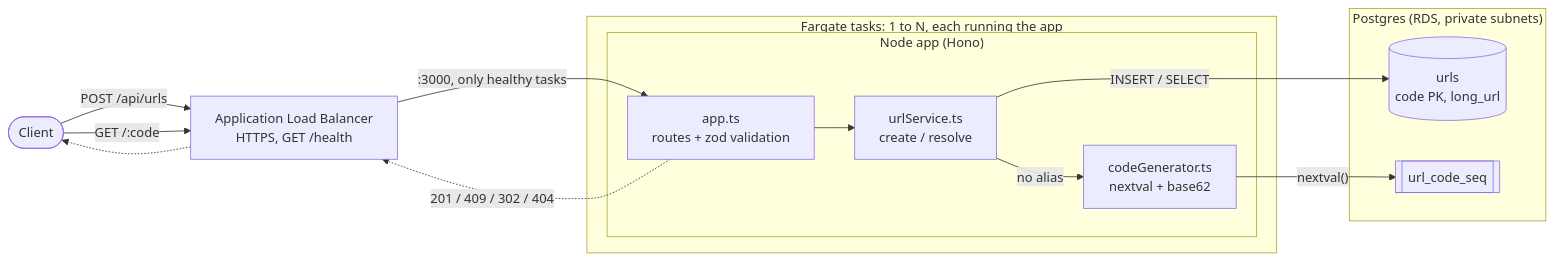
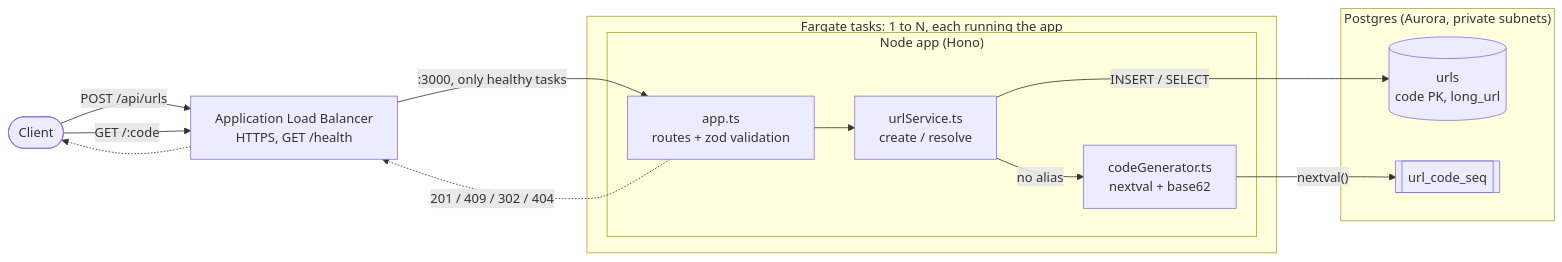
Before and after one commit to curiousdirection/url-shortener: the diagram in README.md, drawn with Mermaid. The commit also changed other lines of this file and 7 other files, not shown here.

First line of the commit message:
Move the database from RDS for PostgreSQL to Aurora PostgreSQL

````diff
--- a/README.md
+++ b/README.md
@@ -7,29 +7,29 @@
 ```mermaid
 flowchart LR
     client([Client])
     alb["Application Load Balancer<br/>HTTPS, GET /health"]
 
     subgraph app["Fargate tasks: 1 to N, each running the app"]
         subgraph node["Node app (Hono)"]
             routes["app.ts<br/>routes + zod validation"]
             service["urlService.ts<br/>create / resolve"]
             gen["codeGenerator.ts<br/>nextval + base62"]
             routes --> service
             service -->|"no alias"| gen
         end
     end
 
-    subgraph pg["Postgres (RDS, private subnets)"]
+    subgraph pg["Postgres (Aurora, private subnets)"]
         urls[("urls<br/>code PK, long_url")]
         seq[["url_code_seq"]]
     end
 
     client -->|"POST /api/urls"| alb
     client -->|"GET /:code"| alb
     alb -->|":3000, only healthy tasks"| routes
     routes -.->|"201 / 409 / 302 / 404"| alb
     alb -.-> client
 
     service -->|"INSERT / SELECT"| urls
     gen -->|"nextval()"| seq
 ```
````
